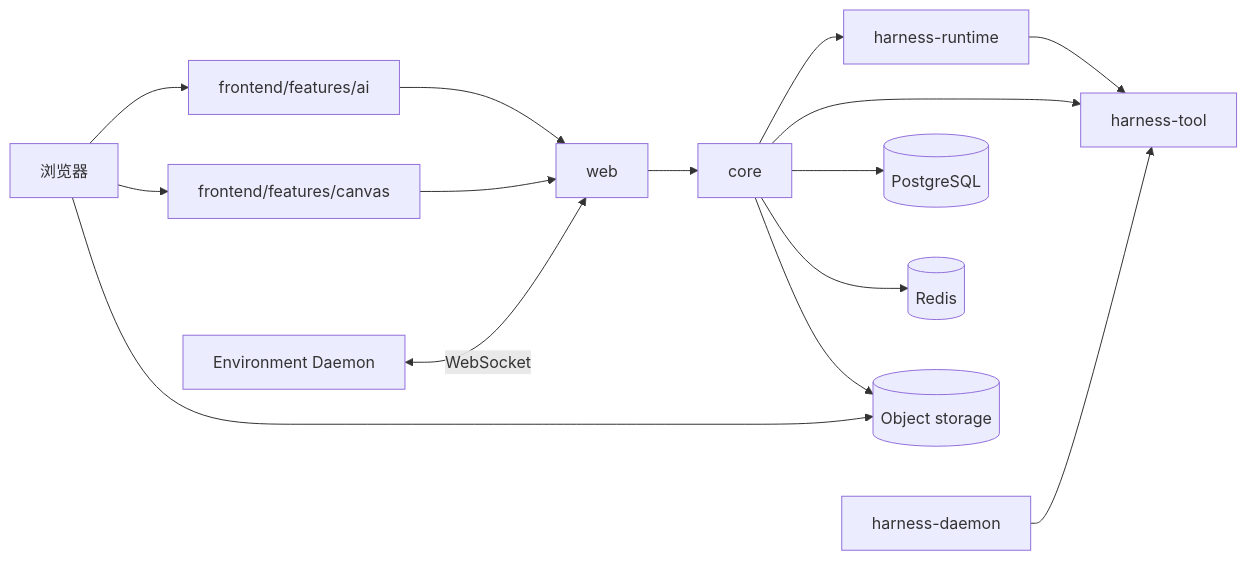
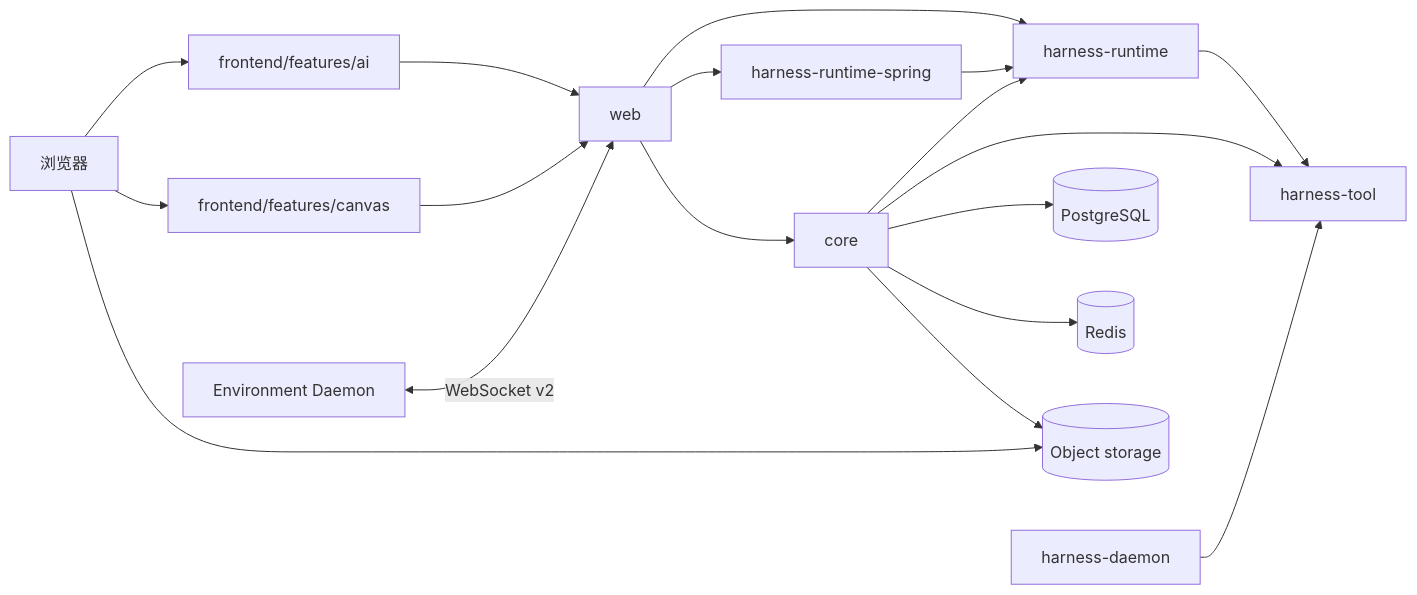
Before and after one commit to fengwk/kk-studio: the diagram in docs/technical-solution/architecture.md, drawn with Mermaid. The commit also changed other lines of this file and 16 other files, not shown here.

Commit message:
docs(harness): align runtime protocol documentation

````diff
--- a/docs/technical-solution/architecture.md
+++ b/docs/technical-solution/architecture.md
@@ -14,30 +14,34 @@
 ```mermaid
 flowchart LR
     Browser[浏览器]
     AI[frontend/features/ai]
     Canvas[frontend/features/canvas]
     Web[web]
     Core[core]
     Runtime[harness-runtime]
+    RuntimeSpring[harness-runtime-spring]
     Tool[harness-tool]
     Daemon[harness-daemon]
     PG[(PostgreSQL)]
     Redis[(Redis)]
     S3[(Object storage)]
     Env[Environment Daemon]
 
     Browser --> AI
     Browser --> Canvas
     AI --> Web
     Canvas --> Web
     Web --> Core
+    Web --> RuntimeSpring
+    Web --> Runtime
+    RuntimeSpring --> Runtime
+    Runtime --> Tool
     Core --> Runtime
-    Runtime --> Tool
     Core --> Tool
     Daemon --> Tool
     Core --> PG
     Core --> Redis
     Core --> S3
     Browser --> S3
-    Env <-->|WebSocket| Web
+    Env <-->|WebSocket v2| Web
 ```
````
